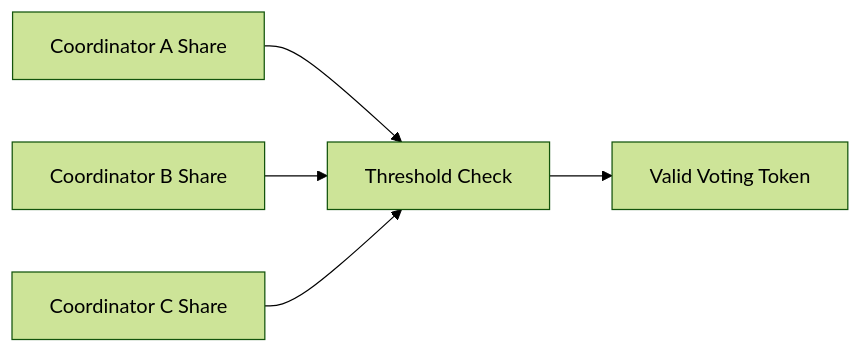
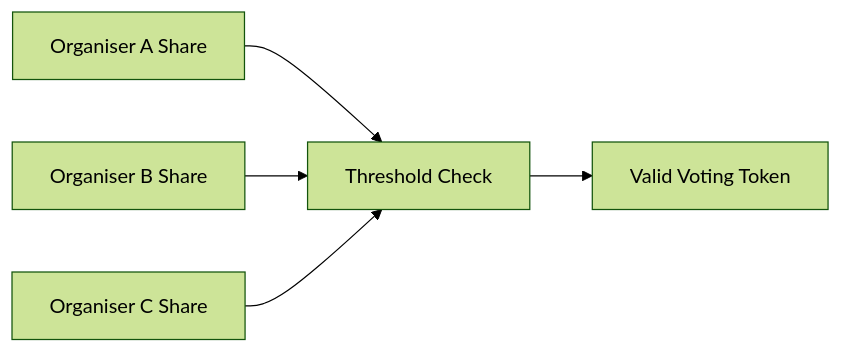
The fifth of 8 diagrams in docs/technical-protocol-note.md (tidley/auditable-voting), drawn with Mermaid (forest theme) before and after one commit. The commit also changed other lines of this file and 35 other files, not shown here.

````diff
--- a/docs/technical-protocol-note.md
+++ b/docs/technical-protocol-note.md
@@ -464,13 +464,13 @@
 ```mermaid
 flowchart LR
-  C1[Coordinator A Share]
-  C2[Coordinator B Share]
-  C3[Coordinator C Share]
+  C1[Organiser A Share]
+  C2[Organiser B Share]
+  C3[Organiser C Share]
   T[Threshold Check]
   V[Valid Voting Token]
 
   C1 --> T
   C2 --> T
   C3 --> T
   T --> V
 ```
````
